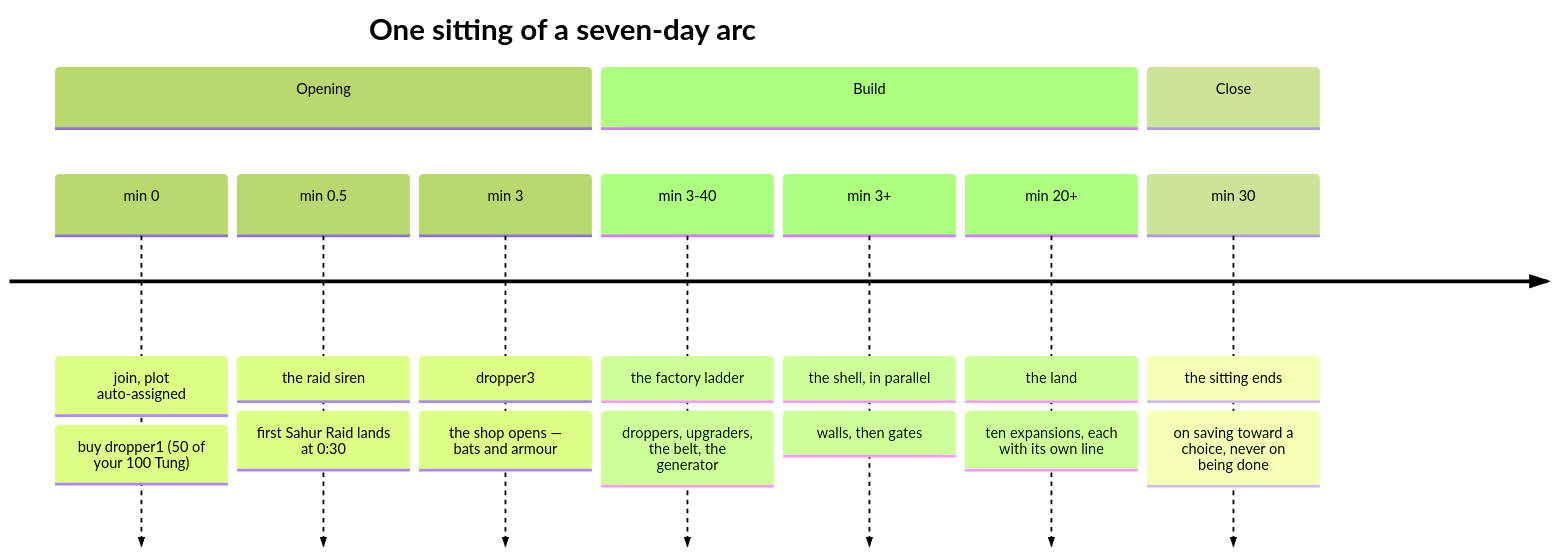
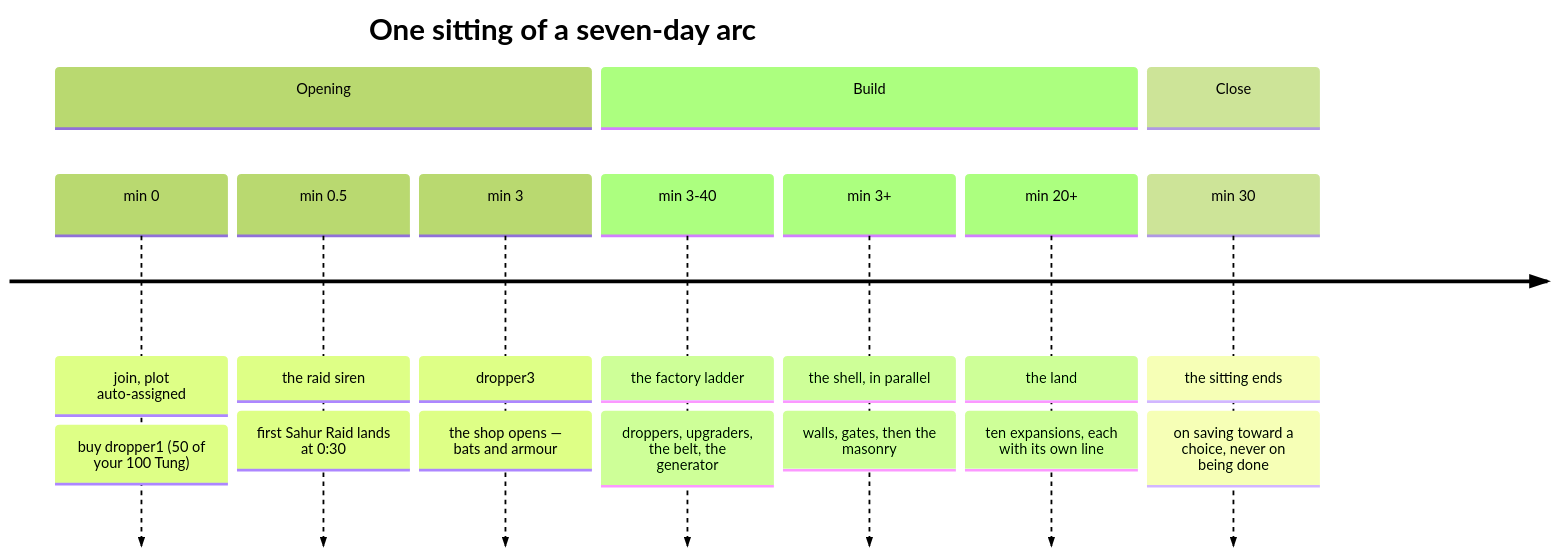
One commit to adit-rah/ttt changed the first of 6 diagrams in docs/design/GAME.md. Above: the diagram before and after it, drawn with Mermaid (forest theme). The commit also changed other lines of this file and 14 other files, not shown here.

````diff
--- a/docs/design/GAME.md
+++ b/docs/design/GAME.md
@@ -34,14 +34,14 @@
 ```mermaid
 timeline
     title One sitting of a seven-day arc
     section Opening
         min 0  : join, plot auto-assigned : buy dropper1 (50 of your 100 Tung)
         min 0.5 : the raid siren : first Sahur Raid lands at 0:30
         min 3  : dropper3 : the shop opens — bats and armour
     section Build
         min 3-40 : the factory ladder : droppers, upgraders, the belt, the generator
-        min 3+   : the shell, in parallel : walls, then gates
+        min 3+   : the shell, in parallel : walls, gates, then the masonry
         min 20+  : the land : ten expansions, each with its own line
     section Close
         min 30 : the sitting ends : on saving toward a choice, never on being done
 ```
````
